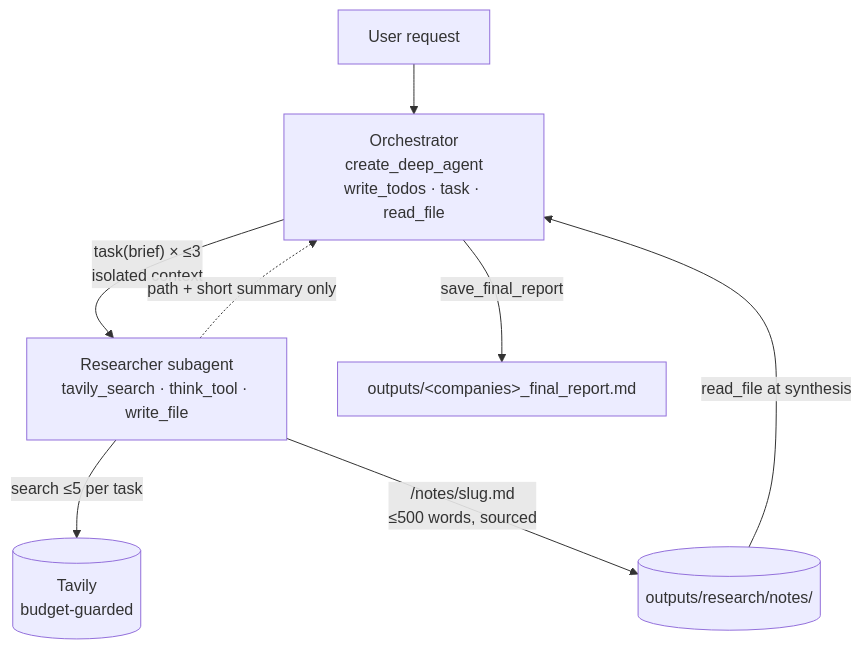
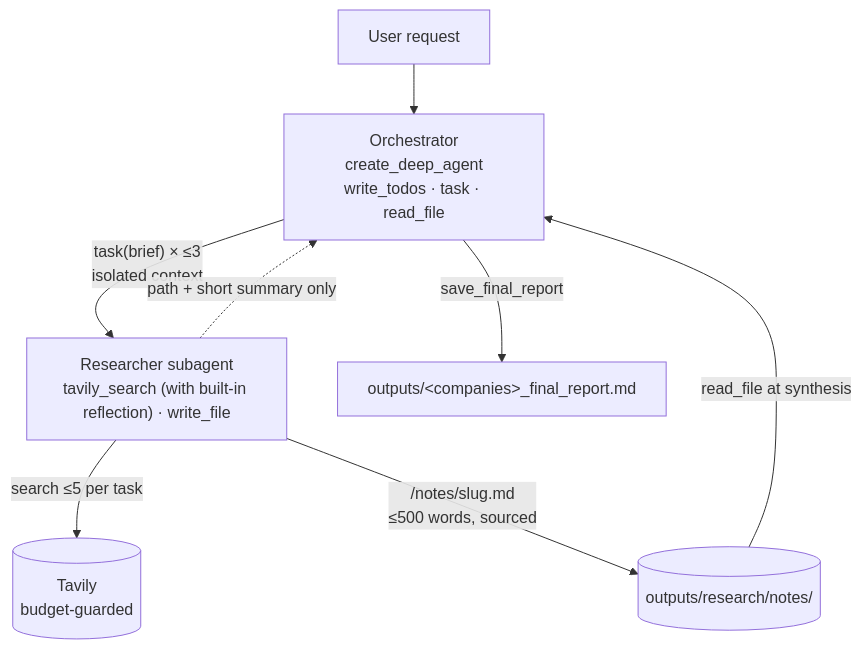
Before and after one commit to mkr9395/deepagent-research-poc: the diagram in README.md, drawn with Mermaid. The commit also changed other lines of this file and 25 other files, not shown here.

````diff
--- a/README.md
+++ b/README.md
@@ -40,10 +40,10 @@
 ```mermaid
 flowchart TD
     U[User request] --> O["Orchestrator<br/>create_deep_agent<br/>write_todos · task · read_file"]
-    O -->|"task(brief) × ≤3<br/>isolated context"| R["Researcher subagent<br/>tavily_search · think_tool · write_file"]
+    O -->|"task(brief) × ≤3<br/>isolated context"| R["Researcher subagent<br/>tavily_search (with built-in reflection) · write_file"]
     R -->|"search ≤5 per task"| T[("Tavily<br/>budget-guarded")]
     R -->|"/notes/slug.md<br/>≤500 words, sourced"| FS[("outputs/research/notes/")]
     R -.->|"path + short summary only"| O
     FS -->|"read_file at synthesis"| O
     O -->|"save_final_report"| REP["outputs/&lt;companies&gt;_final_report.md"]
 ```
````
